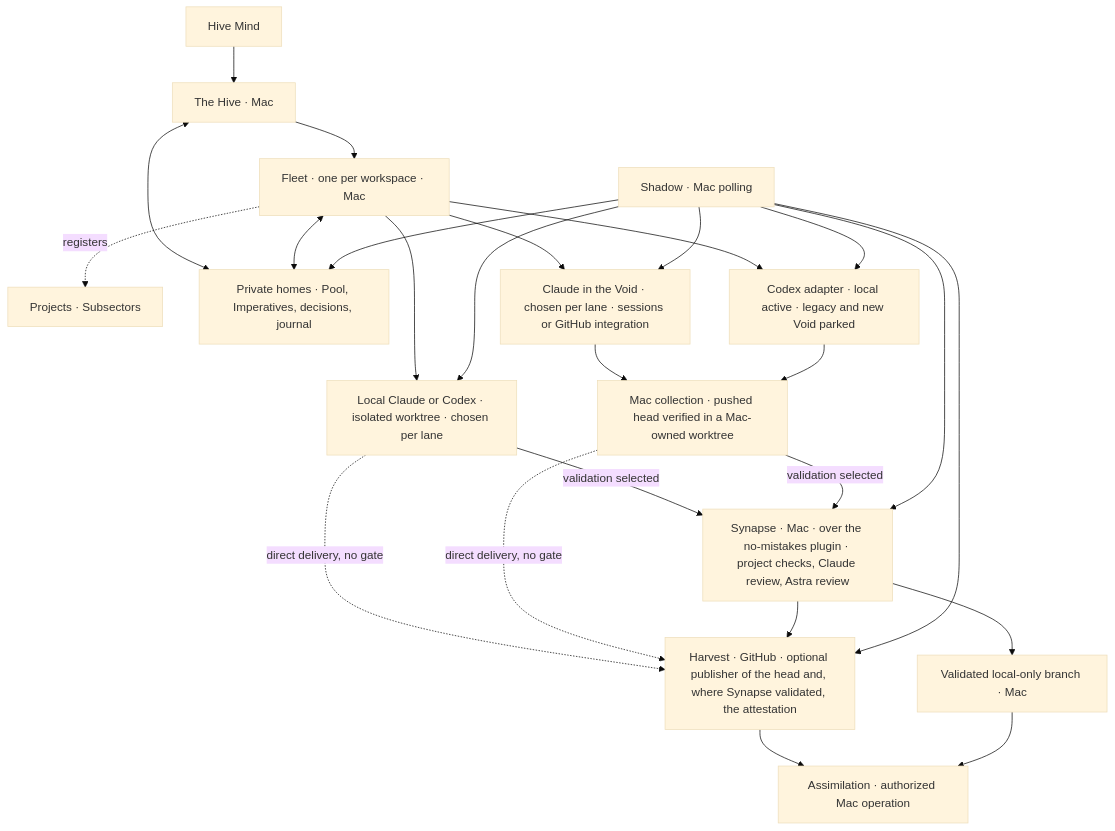
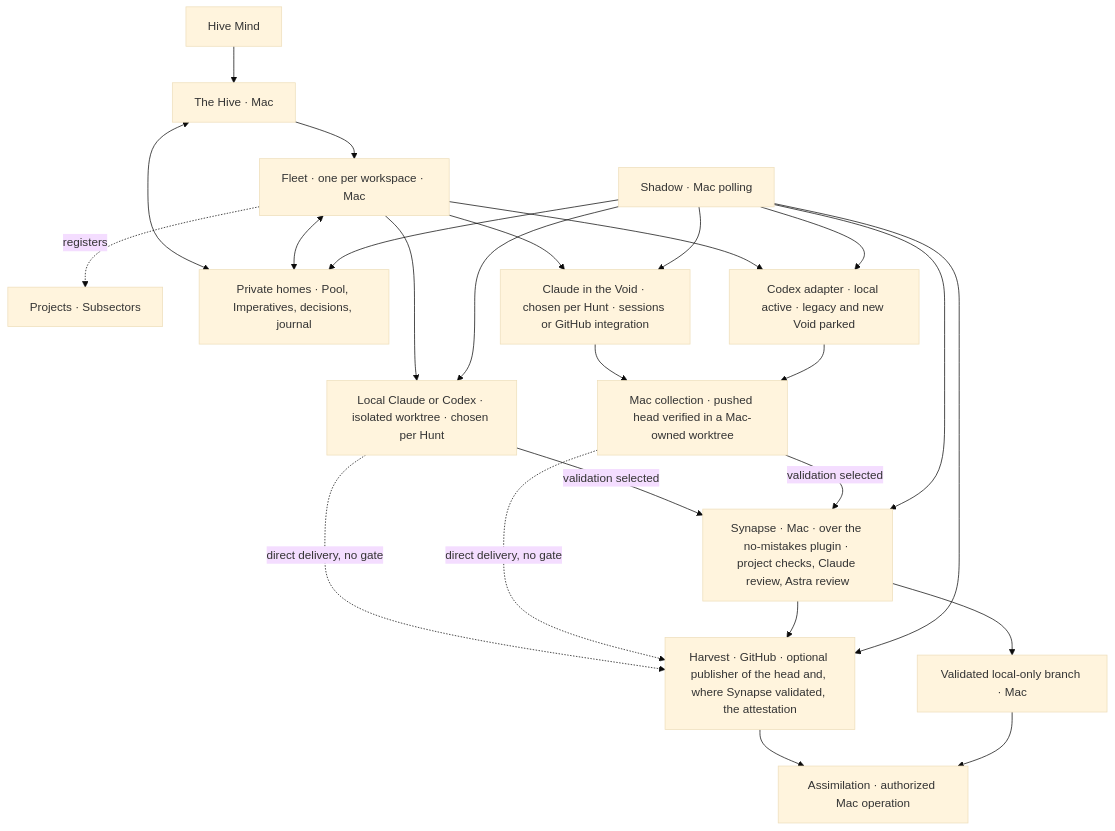
One commit to kesk-git/hive changed the diagram in docs/design.md. Above: the diagram before and after it, drawn with Mermaid (base theme). The commit also changed other lines of this file, not shown here.

First line of the commit message:
docs(design): name the levels Wave, Target, Prey and Hunt

````diff
--- a/docs/design.md
+++ b/docs/design.md
@@ -58,27 +59,27 @@
 ```mermaid
 flowchart TD
     Mind[Hive Mind] --> Hive[The Hive · Mac]
     Hive --> Fleet[Fleet · one per workspace · Mac]
     Fleet -. registers .-> Projects[Projects · Subsectors]
     Hive <--> Private[Private homes · Pool, Imperatives, decisions, journal]
     Fleet <--> Private
-    Fleet --> Local[Local Claude or Codex · isolated worktree · chosen per lane]
-    Fleet --> Claude[Claude in the Void · chosen per lane · sessions or GitHub integration]
+    Fleet --> Local[Local Claude or Codex · isolated worktree · chosen per Hunt]
+    Fleet --> Claude[Claude in the Void · chosen per Hunt · sessions or GitHub integration]
     Fleet --> Codex[Codex adapter · local active · legacy and new Void parked]
     Local -- validation selected --> Synapse[Synapse · Mac · over the no-mistakes plugin · project checks, Claude review, Astra review]
     Claude --> Collection[Mac collection · pushed head verified in a Mac-owned worktree]
     Codex --> Collection
     Collection -- validation selected --> Synapse
     Local -. direct delivery, no gate .-> Harvest
     Collection -. direct delivery, no gate .-> Harvest
     Synapse --> Harvest[Harvest · GitHub · optional publisher of the head and, where Synapse validated, the attestation]
     Synapse --> Branch[Validated local-only branch · Mac]
     Harvest --> Assimilation[Assimilation · authorized Mac operation]
     Branch --> Assimilation
     Shadow[Shadow · Mac polling] --> Private
     Shadow --> Local
     Shadow --> Claude
     Shadow --> Codex
     Shadow --> Synapse
     Shadow --> Harvest
 ```
````
